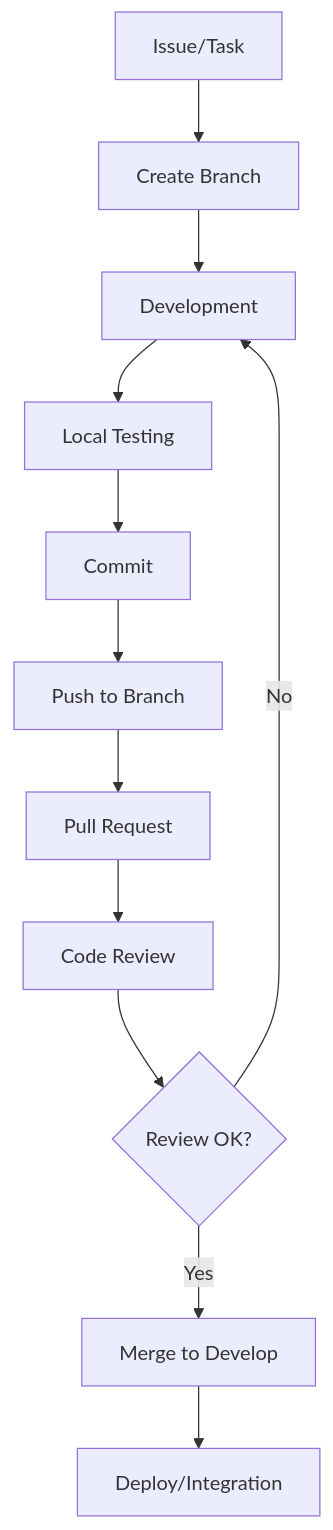
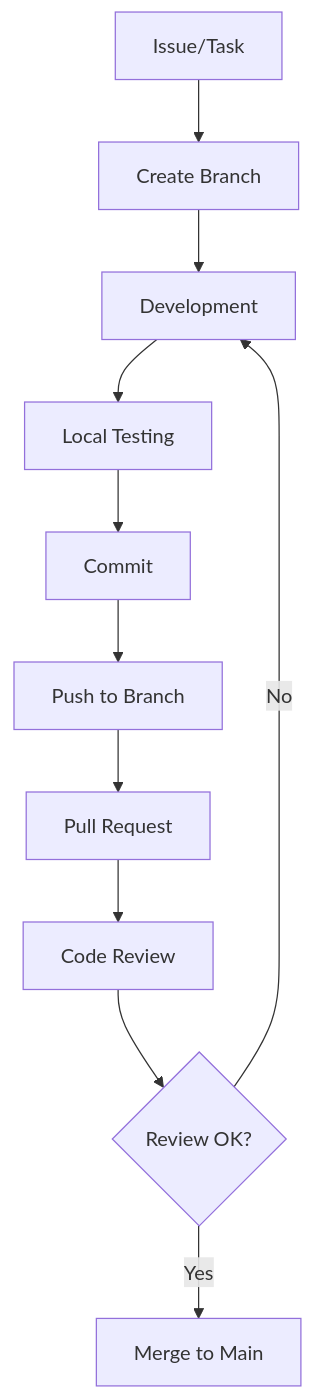
The diagram in CONTRIBUTING.md (paulomh/Compiladores---Grupo-09), drawn with Mermaid before and after one commit. The commit also changed other lines of this file, not shown here.

Commit message:
docs(contributing): Unifica fluxo em única branch main e atualiza nomenclatura/PRs de documentação

````diff
--- a/CONTRIBUTING.md
+++ b/CONTRIBUTING.md
@@ -20,14 +20,13 @@
 ```mermaid
 graph TD
     A[Issue/Task] --> B[Create Branch]
     B --> C[Development]
     C --> D[Local Testing]
     D --> E[Commit]
     E --> F[Push to Branch]
     F --> G[Pull Request]
     G --> H[Code Review]
     H --> I{Review OK?}
-    I -->|Yes| J[Merge to Develop]
+    I -->|Yes| J[Merge to Main]
     I -->|No| C
-    J --> K[Deploy/Integration]
 ```
````
